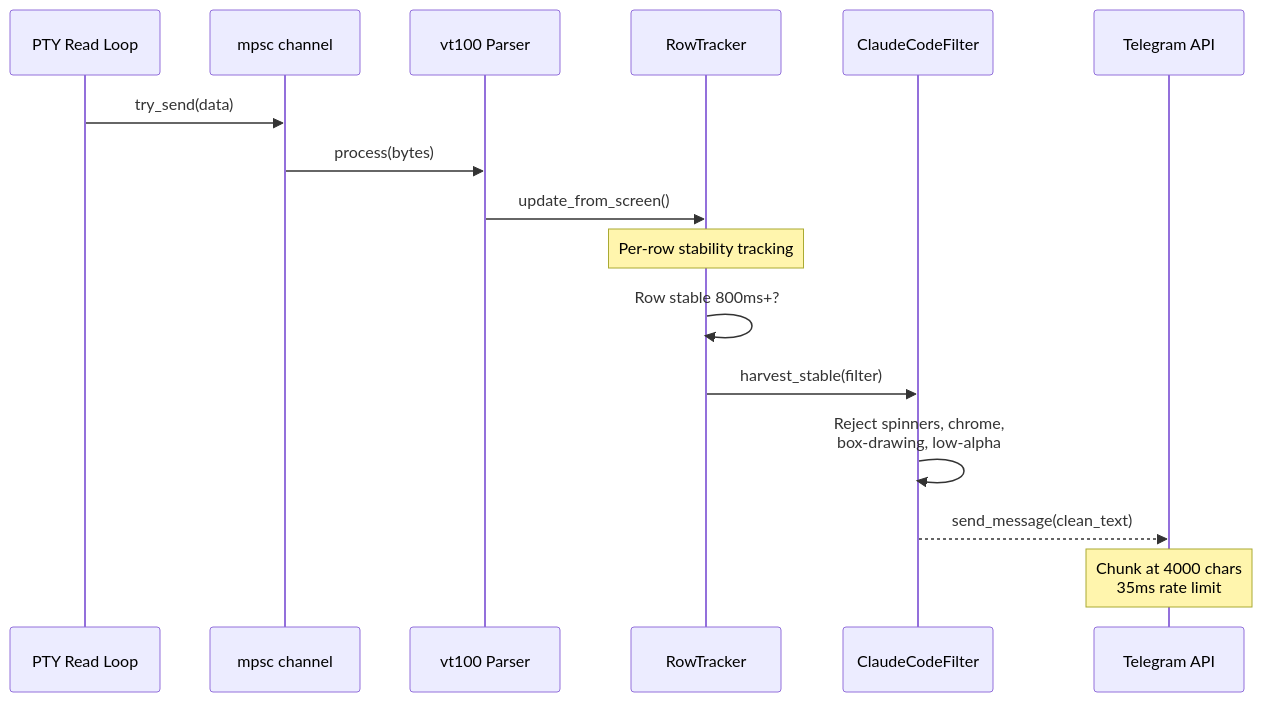
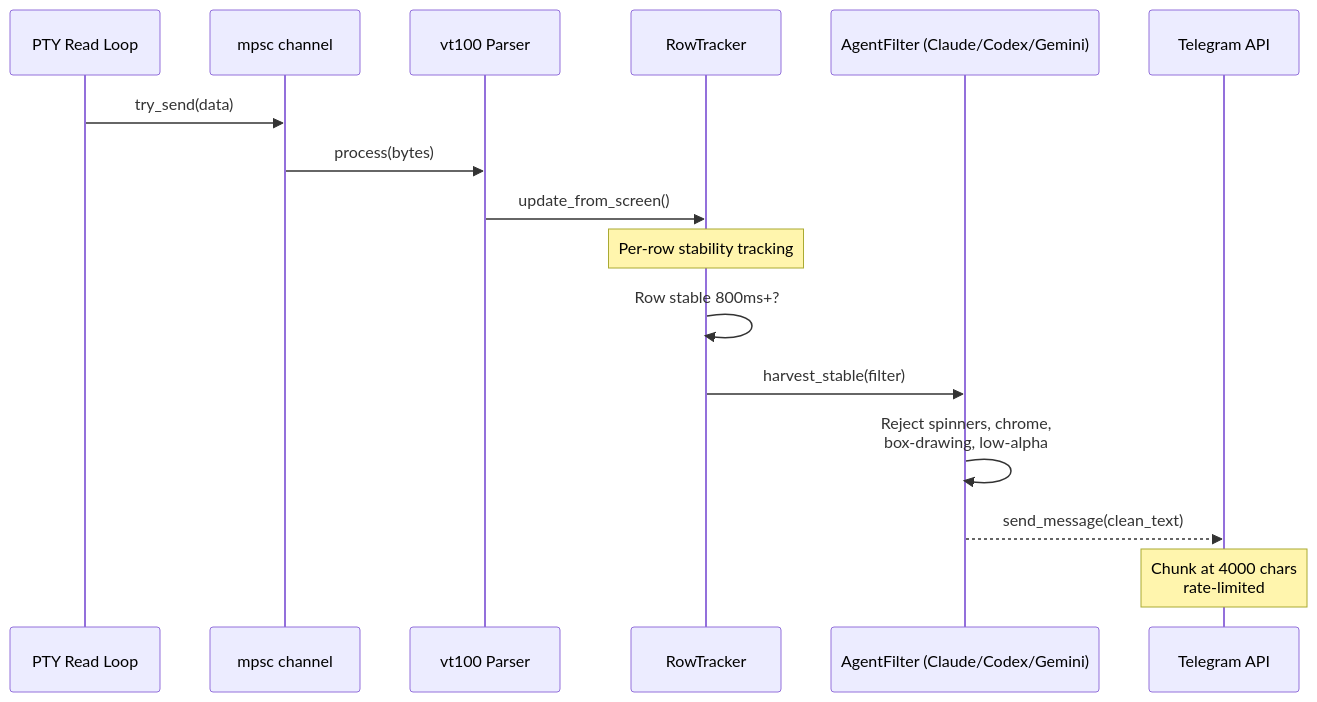
One commit to mblua/AgentsCommander changed the ninth of 14 diagrams in docs/reference/architecture.md. Above: the diagram before and after it, drawn with Mermaid. The commit also changed other lines of this file, not shown here.

First line of the commit message:
docs(1320): rewrite architecture map against current 0.20.x codebase

````diff
--- a/docs/reference/architecture.md
+++ b/docs/reference/architecture.md
@@ -492,19 +528,19 @@
 ```mermaid
 sequenceDiagram
     participant PTY as PTY Read Loop
     participant CH as mpsc channel
     participant VT as vt100 Parser
     participant RT as RowTracker
-    participant CF as ClaudeCodeFilter
+    participant CF as AgentFilter (Claude/Codex/Gemini)
     participant TG as Telegram API
 
     PTY->>CH: try_send(data)
     CH->>VT: process(bytes)
     VT->>RT: update_from_screen()
     Note over RT: Per-row stability tracking
     RT->>RT: Row stable 800ms+?
     RT->>CF: harvest_stable(filter)
     CF->>CF: Reject spinners, chrome,<br/>box-drawing, low-alpha
     CF-->>TG: send_message(clean_text)
-    Note over TG: Chunk at 4000 chars<br/>35ms rate limit
+    Note over TG: Chunk at 4000 chars<br/>rate-limited
 ```
````
